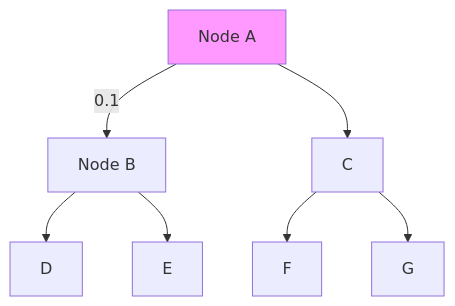
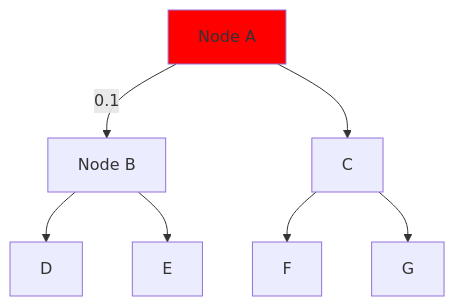
The diagram in README.md (JimbyRaynor/BasketBall), drawn with Mermaid before and after one commit.

````diff
--- a/README.md
+++ b/README.md
@@ -5,12 +5,12 @@
 ```mermaid
 graph TD;
     A[Node A]-->|0.1|B[Node B];
     A-->C;
     B-->D;
     B-->E;
     C-->F;
     C-->G;
 
-style A fill:#f9f,stroke#333,sroke-width:4px;
+style A fill:#ff0000,stroke#333,sroke-width:4px;
 
 ```
````
